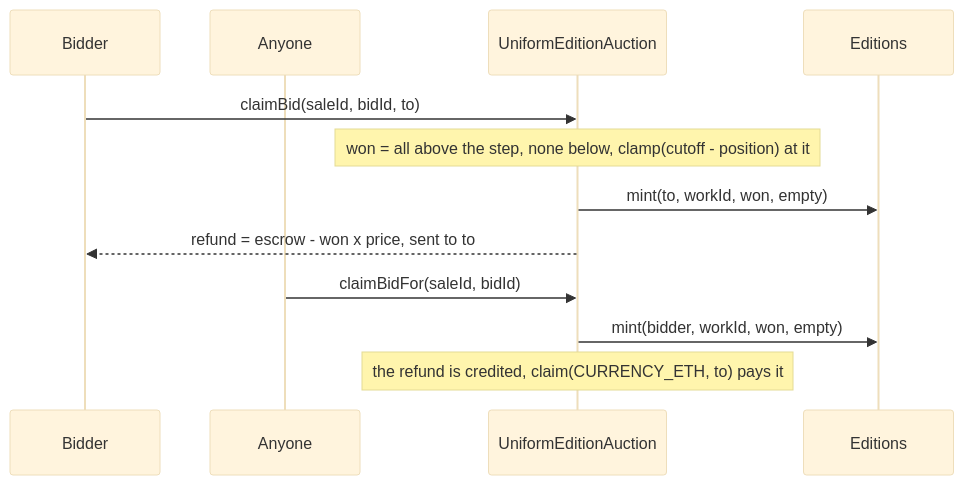
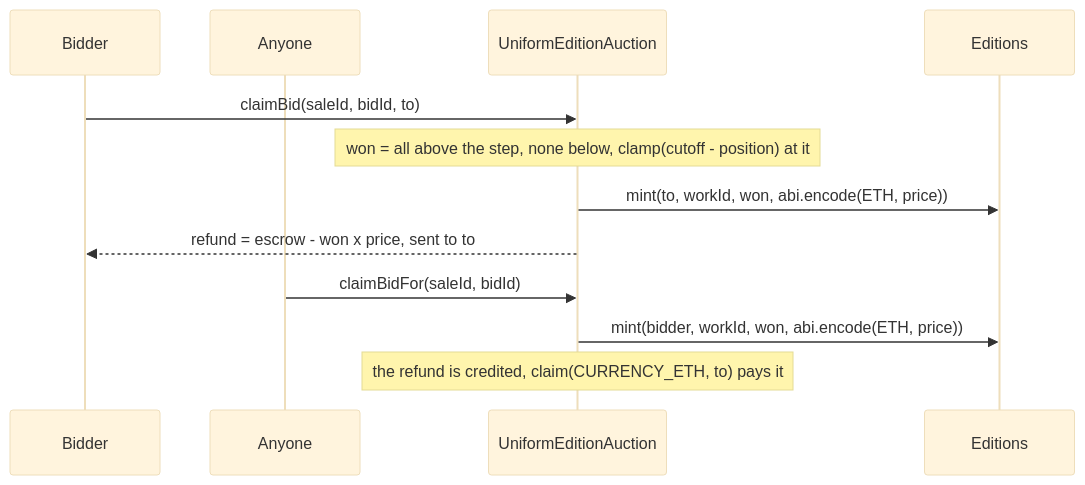
One commit to 6529-Collections/6529-works changed the eighth of 9 diagrams in docs/spec/editions-and-sales.md. Above: the diagram before and after it, drawn with Mermaid (base theme). The commit also changed other lines of this file and 369 other files, not shown here.

````diff
--- a/docs/spec/editions-and-sales.md
+++ b/docs/spec/editions-and-sales.md
@@ -593,14 +679,14 @@
 ```mermaid
 sequenceDiagram
     participant Bidder as Bidder
     participant Anyone as Anyone
     participant EA as UniformEditionAuction
     participant Ed as Editions
     Bidder->>EA: claimBid(saleId, bidId, to)
     Note over EA: won = all above the step, none below, clamp(cutoff - position) at it
-    EA->>Ed: mint(to, workId, won, empty)
+    EA->>Ed: mint(to, workId, won, abi.encode(ETH, price))
     EA-->>Bidder: refund = escrow - won x price, sent to to
     Anyone->>EA: claimBidFor(saleId, bidId)
-    EA->>Ed: mint(bidder, workId, won, empty)
+    EA->>Ed: mint(bidder, workId, won, abi.encode(ETH, price))
     Note over EA: the refund is credited, claim(CURRENCY_ETH, to) pays it
 ```
````
